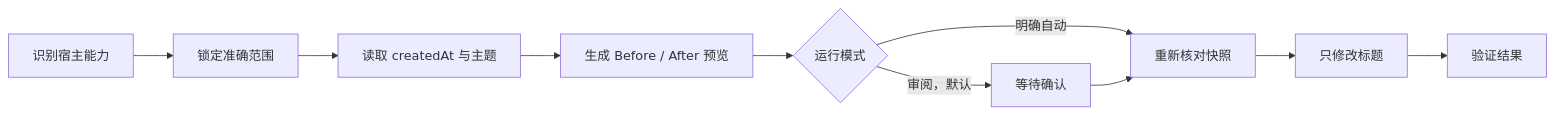
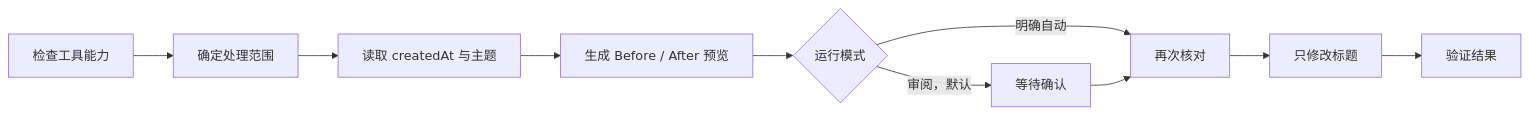
Before and after one commit to BrownieCoder/agent-title-renamer-skill: the diagram in README.zh-CN.md, drawn with Mermaid. The commit also changed other lines of this file and 10 other files, not shown here.

````diff
--- a/README.zh-CN.md
+++ b/README.zh-CN.md
@@ -124,12 +159,12 @@
 ```mermaid
 flowchart LR
-    A[识别宿主能力] --> B[锁定准确范围]
+    A[检查工具能力] --> B[确定处理范围]
     B --> C[读取 createdAt 与主题]
     C --> D[生成 Before / After 预览]
     D --> E{运行模式}
     E -->|审阅，默认| F[等待确认]
-    E -->|明确自动| G[重新核对快照]
+    E -->|明确自动| G[再次核对]
     F --> G
     G --> H[只修改标题]
     H --> I[验证结果]
 ```
````
